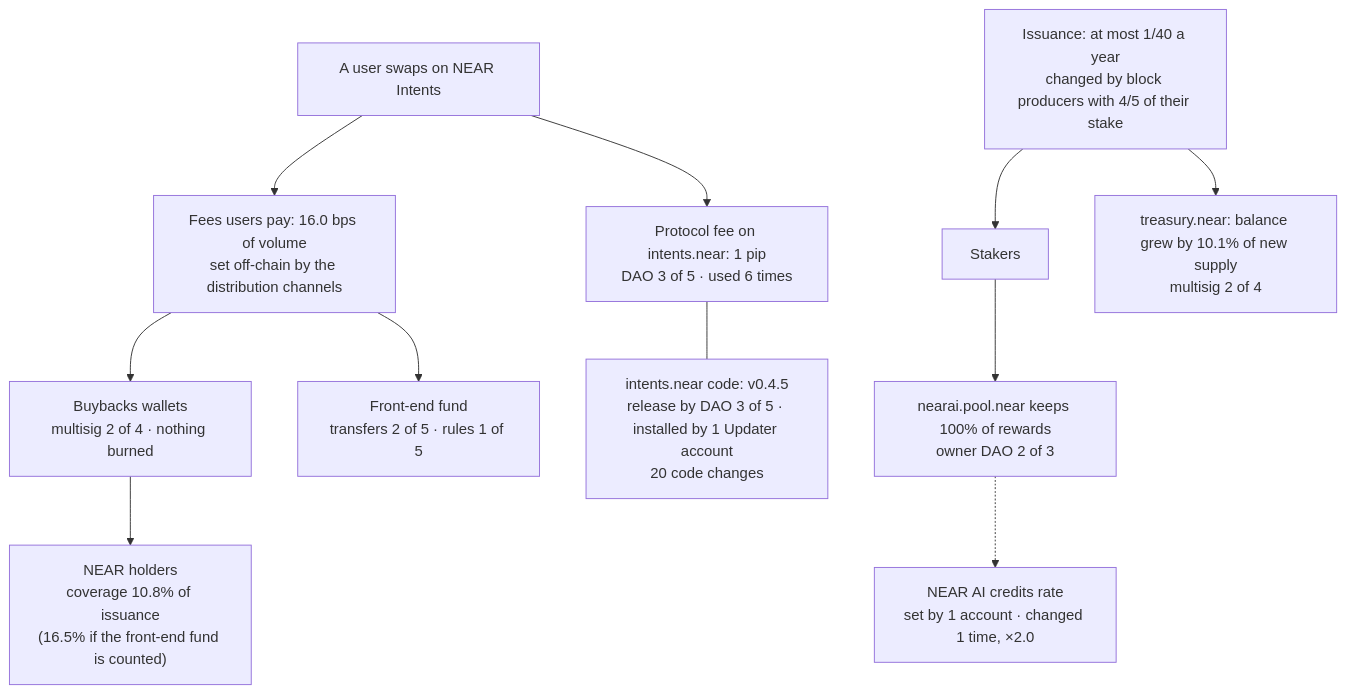
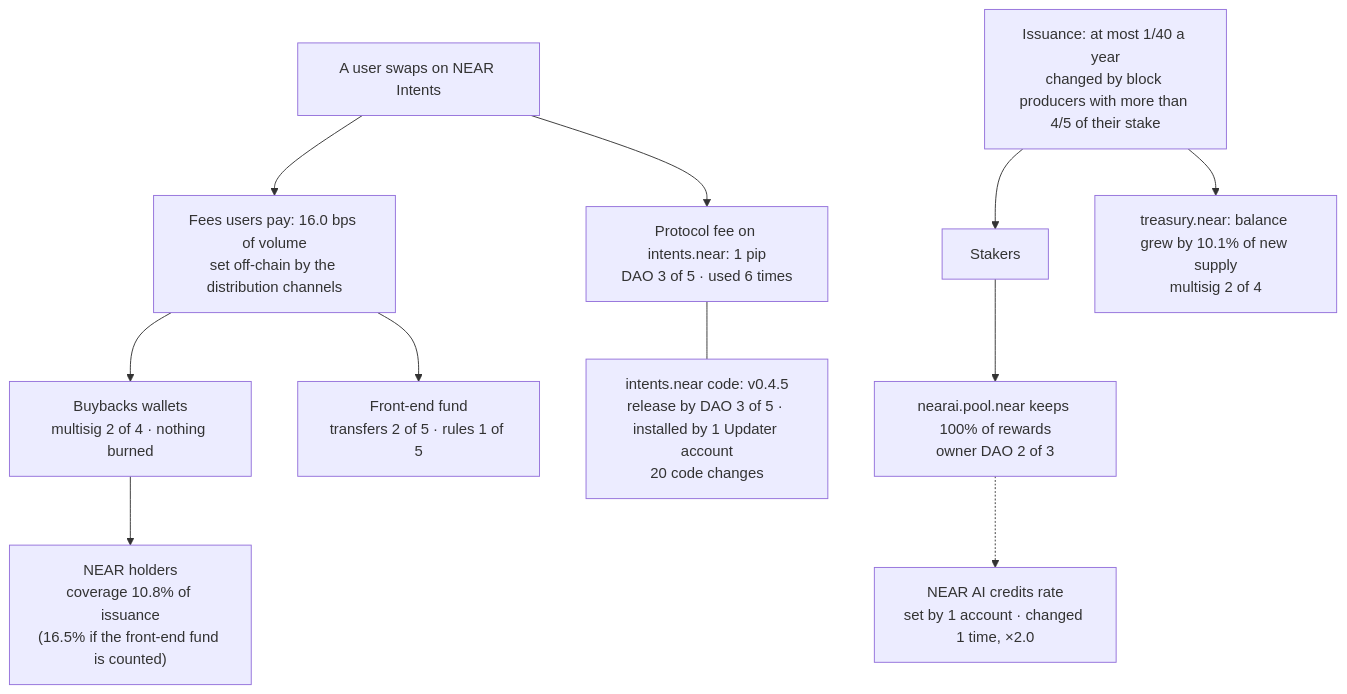
Before and after one commit to nikolaskahris-png/near-thesis-data: the diagram in docs/DETAILS.md, drawn with Mermaid. The commit also changed other lines of this file and 8 other files, not shown here.

````diff
--- a/docs/DETAILS.md
+++ b/docs/DETAILS.md
@@ -922,13 +922,13 @@
 ```mermaid
 flowchart TD
   U["A user swaps on NEAR Intents"] --> F["Fees users pay: <!--n:n2.fees_bps-->16.0<!--/n--> bps of volume<br/>set off-chain by the distribution channels"]
   U --> P["Protocol fee on intents.near: <!--n:c.intents_fee_pips-->1 pip<!--/n--><br/>DAO <!--n:c.intents_fee_change-->3 of 5<!--/n--> · used <!--n:h.fee.approved_actions-->6<!--/n--> times"]
   F --> B["Buybacks wallets<br/>multisig <!--n:c.buybacks_confirmations-->2 of 4<!--/n--> · nothing burned"]
   F --> E["Front-end fund<br/>transfers <!--n:c.front_end_transfer-->2 of 5<!--/n--> · rules <!--n:c.front_end_rules-->1 of 5<!--/n-->"]
   B --> H["NEAR holders<br/>coverage <!--n:n1.coverage_buybacks-->10.8%<!--/n--> of issuance<br/>(<!--n:n1.coverage_with_front_end-->16.5%<!--/n--> if the front-end fund is counted)"]
-  I["Issuance: at most <!--n:c.issuance_max_inflation_rate-->1/40<!--/n--> a year<br/>changed by block producers with <!--n:c.issuance_upgrade_stake_threshold-->4/5<!--/n--> of their stake"] --> S["Stakers"]
+  I["Issuance: at most <!--n:c.issuance_max_inflation_rate-->1/40<!--/n--> a year<br/>changed by block producers with more than <!--n:c.issuance_upgrade_stake_threshold-->4/5<!--/n--> of their stake"] --> S["Stakers"]
   I --> T["treasury.near: balance grew by <!--n:c.treasury_share_of_new_supply-->10.1%<!--/n--> of new supply<br/>multisig <!--n:c.treasury_confirmations-->2 of 4<!--/n-->"]
   S --> N["nearai.pool.near keeps <!--n:c.nearai_pool_reward_fee-->100%<!--/n--> of rewards<br/>owner DAO <!--n:c.nearai_pool_owner_transfer-->2 of 3<!--/n-->"]
   N -.-> C["NEAR AI credits rate<br/>set by 1 account · changed <!--n:f6.rate_changes-->1<!--/n--> time, <!--n:f6.change1.ratio-->×2.0<!--/n-->"]
   P --- K["intents.near code: v<!--n:c.intents_code_version-->0.4.5<!--/n--><br/>release by DAO <!--n:c.intents_code_add_release-->3 of 5<!--/n--> · installed by <!--n:c.intents_code_updater_accounts-->1<!--/n--> Updater account<br/><!--n:c.intents_code_changes-->20<!--/n--> code changes"]
 ```
````
